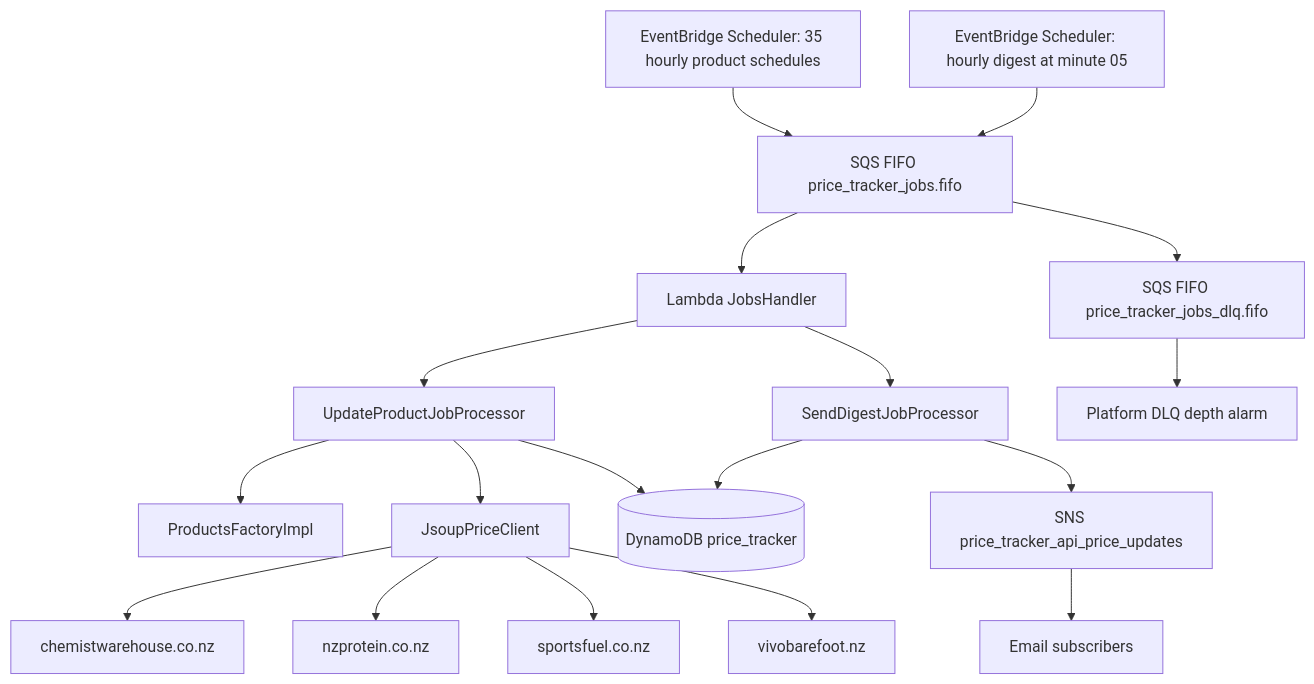
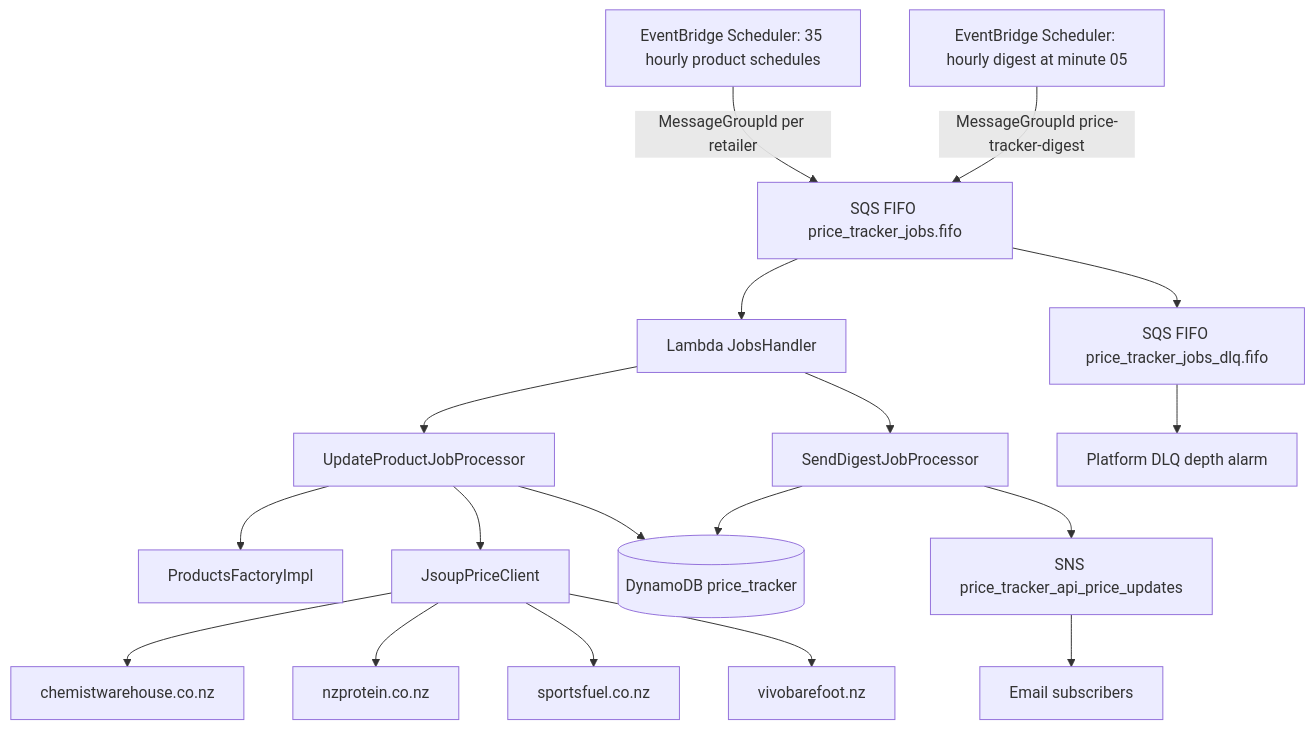
The first of 2 diagrams in price_tracker_api/README.md (jordansimsmith/jordansimsmith-com), drawn with Mermaid before and after one commit. The commit also changed other lines of this file and 1 other file, not shown here.

Commit message:
Group price tracker jobs by retailer

````diff
--- a/price_tracker_api/README.md
+++ b/price_tracker_api/README.md
@@ -51,20 +51,20 @@
 ```mermaid
 flowchart TD
-  productSchedules[EventBridge Scheduler: 35 hourly product schedules] --> jobsQueue[SQS FIFO price_tracker_jobs.fifo]
-  digestSchedule[EventBridge Scheduler: hourly digest at minute 05] --> jobsQueue
+  productSchedules[EventBridge Scheduler: 35 hourly product schedules] -->|MessageGroupId per retailer| jobsQueue[SQS FIFO price_tracker_jobs.fifo]
+  digestSchedule[EventBridge Scheduler: hourly digest at minute 05] -->|MessageGroupId price-tracker-digest| jobsQueue
   jobsQueue --> jobsHandler[Lambda JobsHandler]
   jobsHandler --> updateProcessor[UpdateProductJobProcessor]
   jobsHandler --> digestProcessor[SendDigestJobProcessor]
   updateProcessor --> productsFactory[ProductsFactoryImpl]
   updateProcessor --> priceClient[JsoupPriceClient]
   priceClient --> chemistWarehouse[chemistwarehouse.co.nz]
   priceClient --> nzProtein[nzprotein.co.nz]
   priceClient --> sportsfuel[sportsfuel.co.nz]
   priceClient --> vivobarefoot[vivobarefoot.nz]
   updateProcessor --> table[(DynamoDB price_tracker)]
   digestProcessor --> table
   digestProcessor --> snsTopic[SNS price_tracker_api_price_updates]
   snsTopic --> subscribers[Email subscribers]
   jobsQueue --> jobsDlq[SQS FIFO price_tracker_jobs_dlq.fifo]
   jobsDlq --> platformAlarm[Platform DLQ depth alarm]
 ```
````
